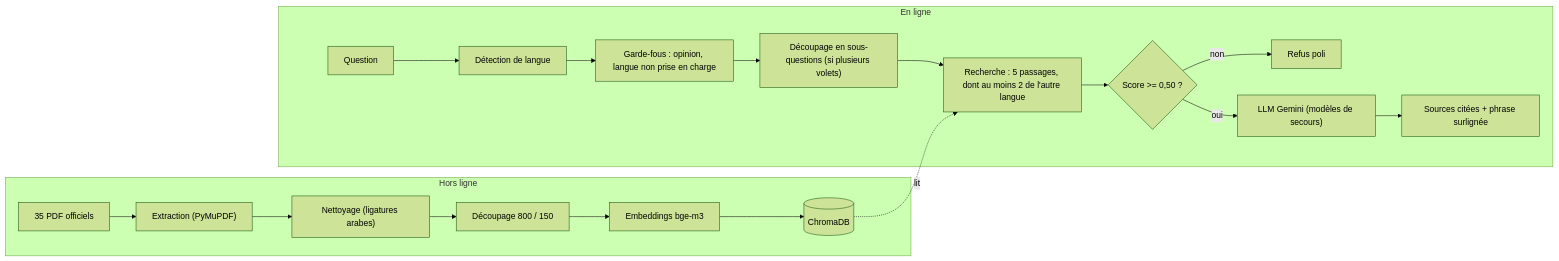
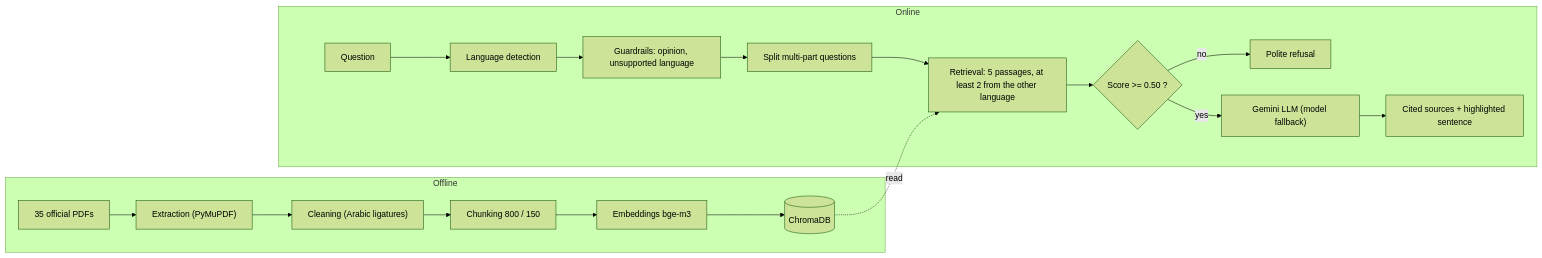
The diagram in README.md (salmahanabal/Moroccan-civic-assistant), drawn with Mermaid (forest theme) before and after one commit. The commit also changed other lines of this file and 7 other files, not shown here.

````diff
--- a/README.md
+++ b/README.md
@@ -93,16 +88,16 @@
 ```mermaid
 flowchart LR
-  subgraph Hors ligne
-    A["35 PDF officiels"] --> B["Extraction (PyMuPDF)"] --> C["Nettoyage (ligatures arabes)"] --> D["Découpage 800 / 150"] --> E["Embeddings bge-m3"] --> F[("ChromaDB")]
+  subgraph Offline
+    A["35 official PDFs"] --> B["Extraction (PyMuPDF)"] --> C["Cleaning (Arabic ligatures)"] --> D["Chunking 800 / 150"] --> E["Embeddings bge-m3"] --> F[("ChromaDB")]
   end
-  subgraph En ligne
-    Q["Question"] --> L["Détection de langue"] --> G["Garde-fous : opinion, langue non prise en charge"]
-    G --> R["Découpage en sous-questions (si plusieurs volets)"]
-    R --> S["Recherche : 5 passages, dont au moins 2 de l'autre langue"]
-    F -. lit .-> S
-    S --> T{"Score >= 0,50 ?"}
-    T -- non --> X["Refus poli"]
-    T -- oui --> M["LLM Gemini (modèles de secours)"]
-    M --> U["Sources citées + phrase surlignée"]
+  subgraph Online
+    Q["Question"] --> L["Language detection"] --> G["Guardrails: opinion, unsupported language"]
+    G --> R["Split multi-part questions"]
+    R --> S["Retrieval: 5 passages, at least 2 from the other language"]
+    F -. read .-> S
+    S --> T{"Score >= 0.50 ?"}
+    T -- no --> X["Polite refusal"]
+    T -- yes --> M["Gemini LLM (model fallback)"]
+    M --> U["Cited sources + highlighted sentence"]
   end
 ```
````
